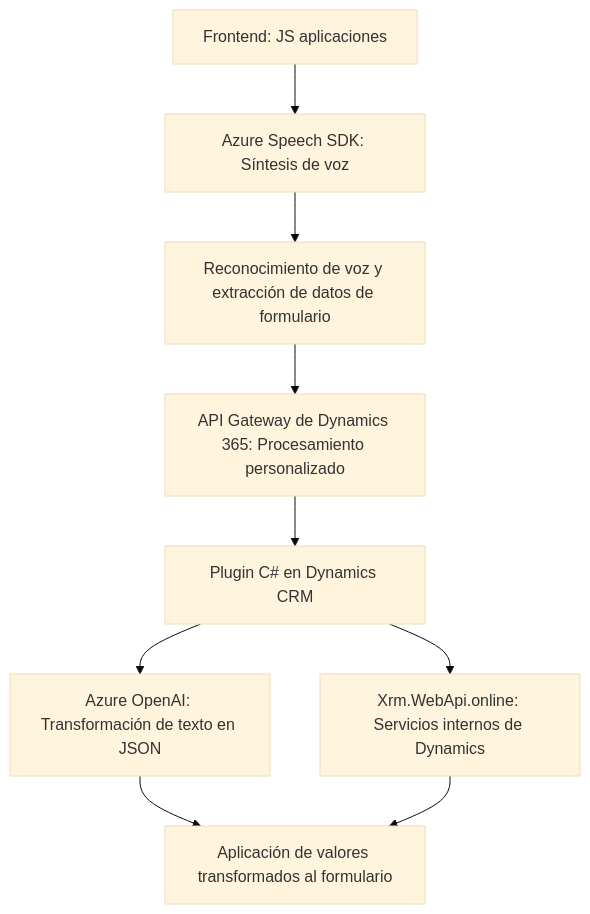
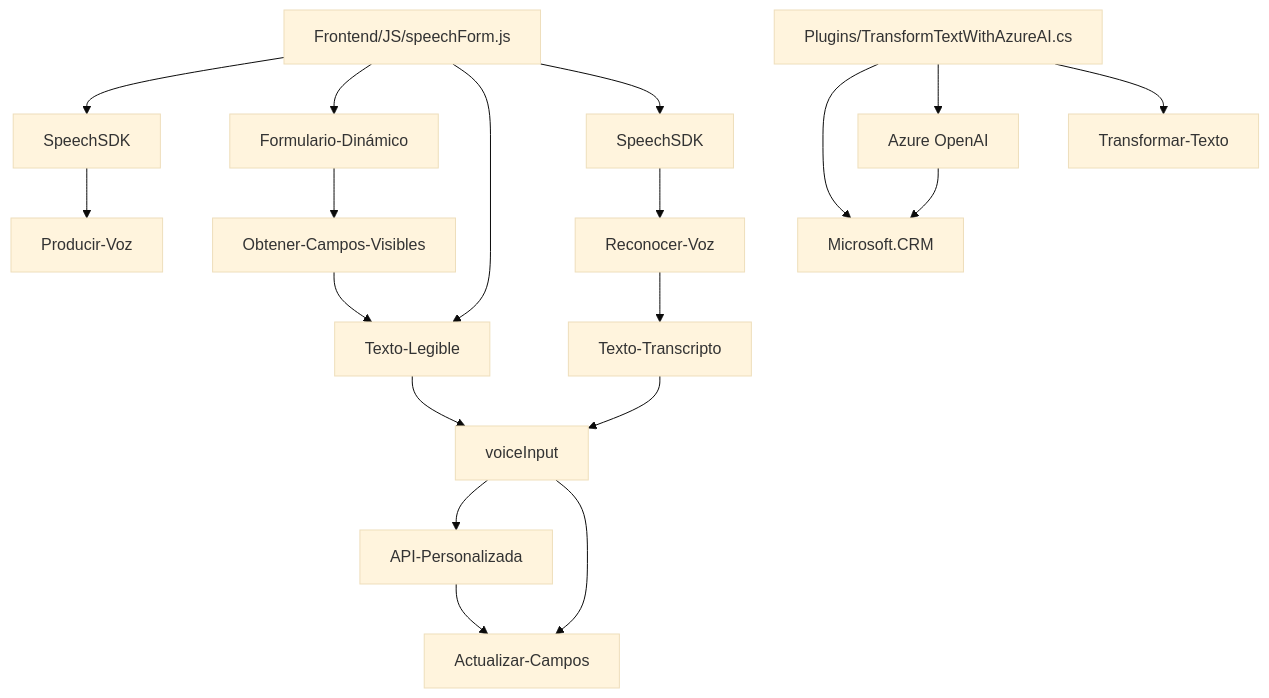
Before and after one commit to blopezdm/NETCORE_BILBAO2025: the diagram in README.md, drawn with Mermaid (base theme). The commit also changed other lines of this file, not shown here.

Commit message:
Actualizar análisis global de la solución con IA

````diff
--- a/README.md
+++ b/README.md
@@ -39,12 +31,21 @@
 ```mermaid
 graph TD
-  A["Frontend: JS aplicaciones"] --> B["Azure Speech SDK: Síntesis de voz"]
-  B --> C["Reconocimiento de voz y extracción de datos de formulario"]
-  C --> D["API Gateway de Dynamics 365: Procesamiento personalizado"]
-
-  D --> E["Plugin C# en Dynamics CRM"]
-  E --> F["Azure OpenAI: Transformación de texto en JSON"]
-  E --> G["Xrm.WebApi.online: Servicios internos de Dynamics"]
-  F --> H["Aplicación de valores transformados al formulario"]
-  G --> H
+    A["Frontend/JS/readForm.js"] --> B["SpeechSDK"]
+    A --> C["Formulario-Dinámico"]
+    B --> D["Producir-Voz"]
+    C --> E["Obtener-Campos-Visibles"]
+    E --> F["Texto-Legible"]
+    A --> F
+    A["Frontend/JS/speechForm.js"] --> G["SpeechSDK"]
+    G --> H["Reconocer-Voz"]
+    H --> I["Texto-Transcripto"]
+    F --> J["voiceInput"]
+    I --> J
+    J --> K["API-Personalizada"]
+    J --> L["Actualizar-Campos"]
+    K --> L
+    M["Plugins/TransformTextWithAzureAI.cs"] --> N["Microsoft.CRM"]
+    M --> P["Azure OpenAI"]
+    P --> N
+    M --> Q["Transformar-Texto"]
 ```
````
